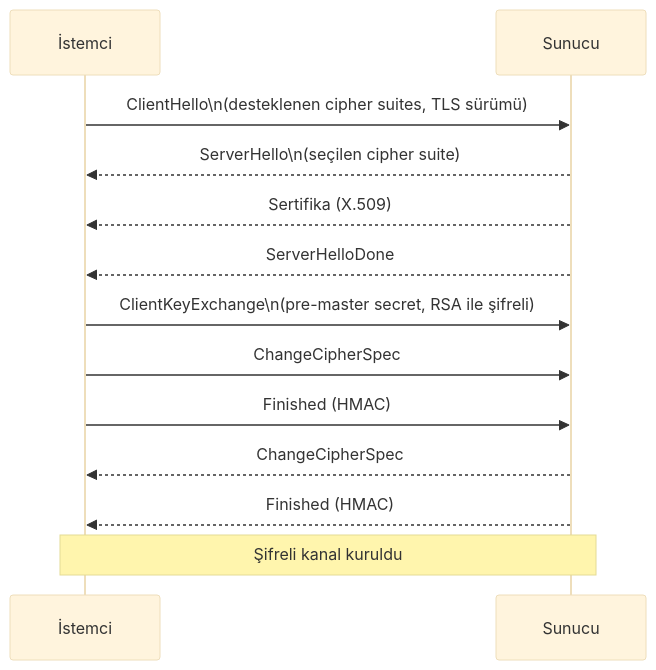
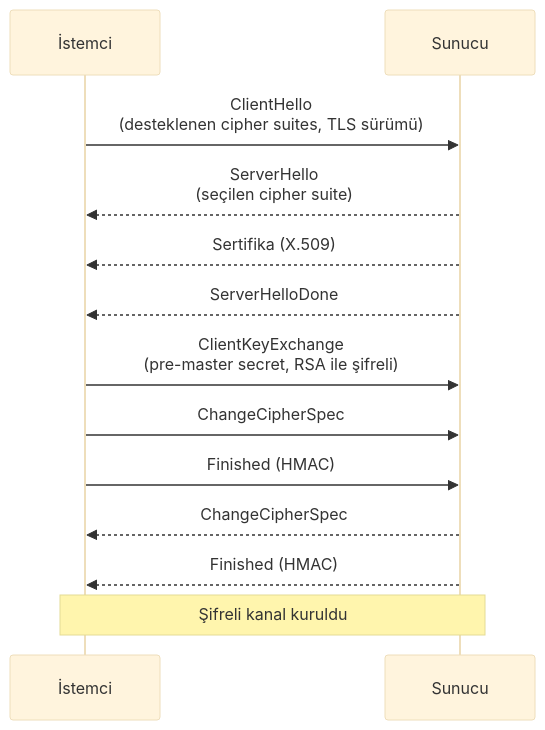
Before and after one commit to serkanMzlm/MechatronicsNotebook: the eighth of 9 diagrams in docs/md/communication/protocol.md, drawn with Mermaid (base theme). The commit also changed other lines of this file and 2 other files, not shown here.

````diff
--- a/docs/md/communication/protocol.md
+++ b/docs/md/communication/protocol.md
@@ -610,16 +331,16 @@
 ```mermaid
 sequenceDiagram
     participant C as İstemci
     participant S as Sunucu
 
-    C->>S: ClientHello\n(desteklenen cipher suites, TLS sürümü)
-    S-->>C: ServerHello\n(seçilen cipher suite)
+    C->>S: ClientHello<br/>(desteklenen cipher suites, TLS sürümü)
+    S-->>C: ServerHello<br/>(seçilen cipher suite)
     S-->>C: Sertifika (X.509)
     S-->>C: ServerHelloDone
-    C->>S: ClientKeyExchange\n(pre-master secret, RSA ile şifreli)
+    C->>S: ClientKeyExchange<br/>(pre-master secret, RSA ile şifreli)
     C->>S: ChangeCipherSpec
     C->>S: Finished (HMAC)
     S-->>C: ChangeCipherSpec
     S-->>C: Finished (HMAC)
     Note over C,S: Şifreli kanal kuruldu
 ```
````
